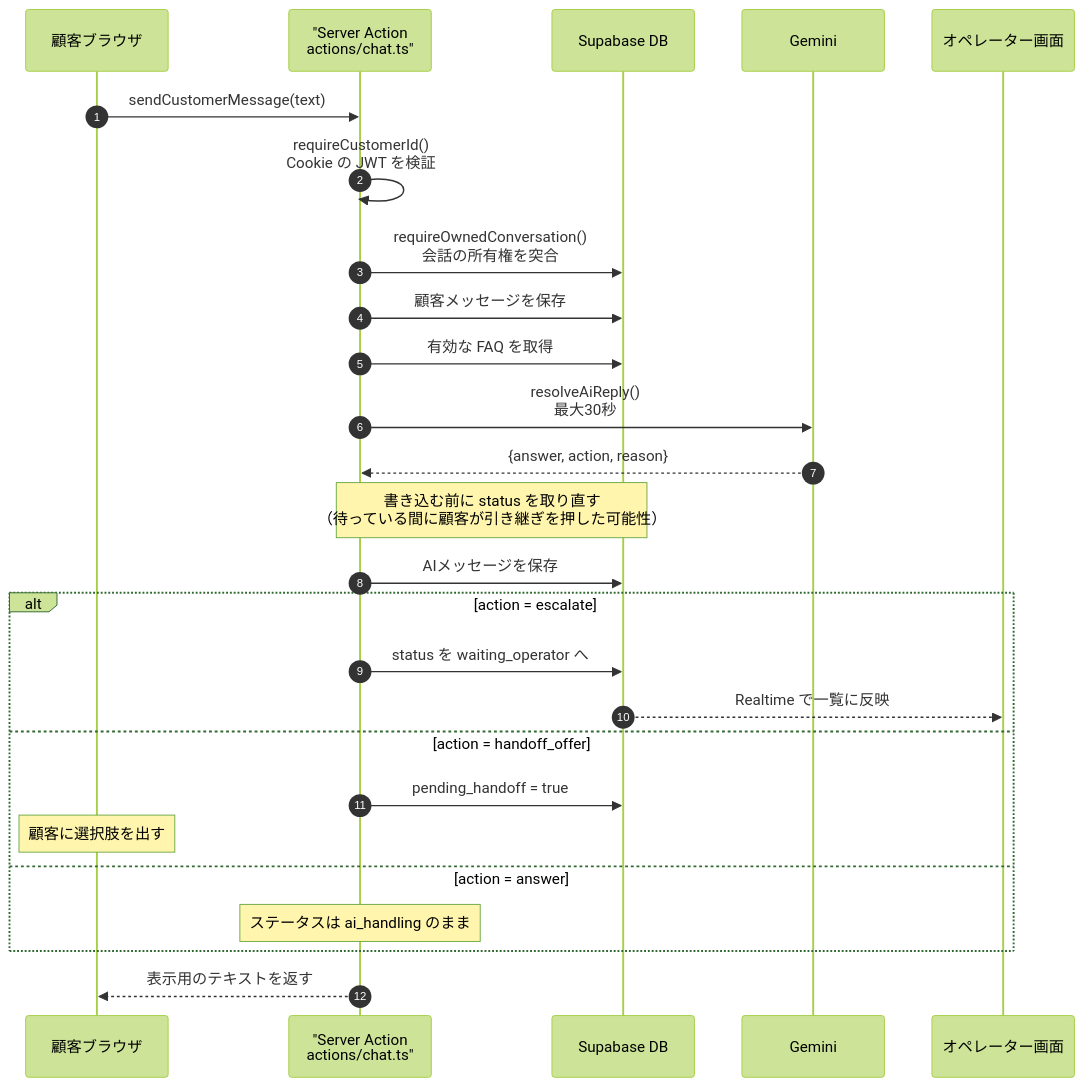
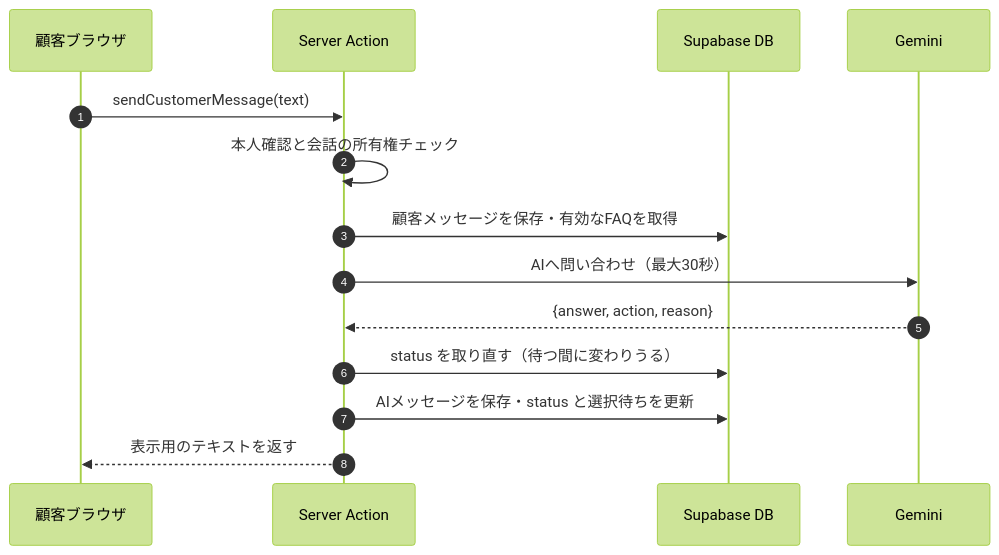
Before and after one commit to usako-ui/CS-chatbot-portfolio: the second of 7 diagrams in docs/manual-developer.md, drawn with Mermaid (forest theme). The commit also changed other lines of this file, not shown here.

First line of the commit message:
docs: 図が縦に長すぎる問題を直し、スクロール量を半分以下にする

````diff
--- a/docs/manual-developer.md
+++ b/docs/manual-developer.md
@@ -110,31 +106,17 @@
 ```mermaid
 sequenceDiagram
     autonumber
     participant C as 顧客ブラウザ
-    participant A as "Server Action<br/>actions/chat.ts"
+    participant A as Server Action
     participant D as Supabase DB
     participant G as Gemini
-    participant O as オペレーター画面
 
     C->>A: sendCustomerMessage(text)
-    A->>A: requireCustomerId()<br/>Cookie の JWT を検証
-    A->>D: requireOwnedConversation()<br/>会話の所有権を突合
-    A->>D: 顧客メッセージを保存
-    A->>D: 有効な FAQ を取得
-    A->>G: resolveAiReply()<br/>最大30秒
+    A->>A: 本人確認と会話の所有権チェック
+    A->>D: 顧客メッセージを保存・有効なFAQを取得
+    A->>G: AIへ問い合わせ（最大30秒）
     G-->>A: {answer, action, reason}
-
-    Note over A,D: 書き込む前に status を取り直す<br/>（待っている間に顧客が引き継ぎを押した可能性）
-
-    A->>D: AIメッセージを保存
-    alt action = escalate
-        A->>D: status を waiting_operator へ
-        D-->>O: Realtime で一覧に反映
-    else action = handoff_offer
-        A->>D: pending_handoff = true
-        Note over C: 顧客に選択肢を出す
-    else action = answer
-        Note over A: ステータスは ai_handling のまま
-    end
+    A->>D: status を取り直す（待つ間に変わりうる）
+    A->>D: AIメッセージを保存・status と選択待ちを更新
     A-->>C: 表示用のテキストを返す
 ```
````
